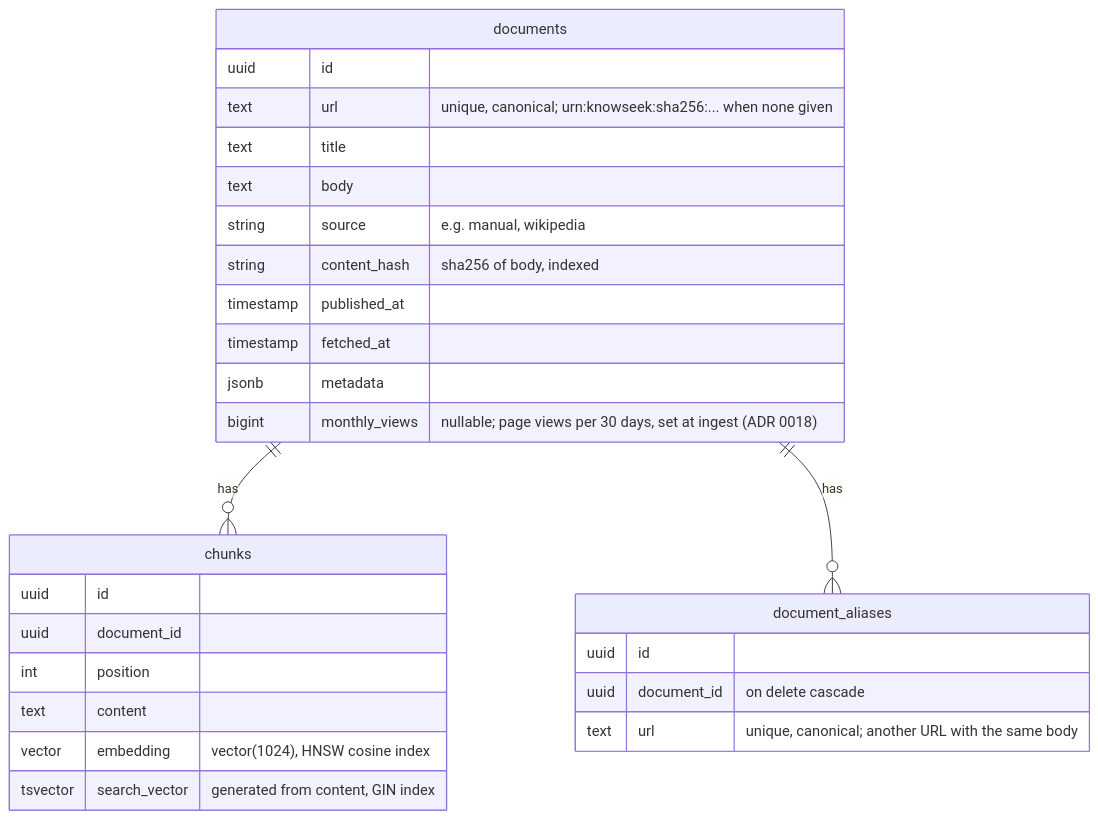
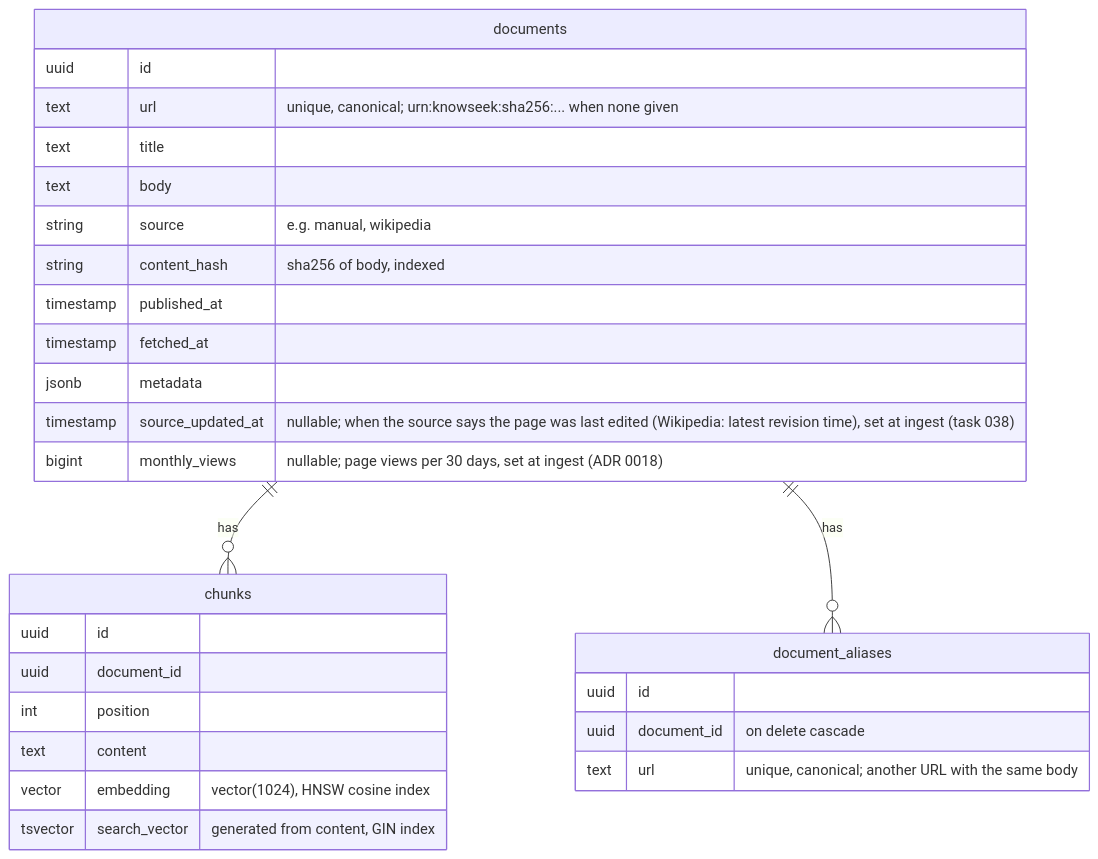
One commit to williamge/knowseek changed the second of 2 diagrams in docs/ARCHITECTURE.md. Above: the diagram before and after it, drawn with Mermaid. The commit also changed other lines of this file and 27 other files, not shown here.

Commit message:
Show when the source says a page was last edited (task 038) (#24)

````diff
--- a/docs/ARCHITECTURE.md
+++ b/docs/ARCHITECTURE.md
@@ -52,30 +52,31 @@
 ```mermaid
 erDiagram
     documents ||--o{ chunks : has
     documents ||--o{ document_aliases : has
     documents {
         uuid id
         text url "unique, canonical; urn:knowseek:sha256:... when none given"
         text title
         text body
         string source "e.g. manual, wikipedia"
         string content_hash "sha256 of body, indexed"
         timestamp published_at
         timestamp fetched_at
         jsonb metadata
+        timestamp source_updated_at "nullable; when the source says the page was last edited (Wikipedia: latest revision time), set at ingest (task 038)"
         bigint monthly_views "nullable; page views per 30 days, set at ingest (ADR 0018)"
     }
     document_aliases {
         uuid id
         uuid document_id "on delete cascade"
         text url "unique, canonical; another URL with the same body"
     }
     chunks {
         uuid id
         uuid document_id
         int position
         text content
         vector embedding "vector(1024), HNSW cosine index"
         tsvector search_vector "generated from content, GIN index"
     }
 ```
````
